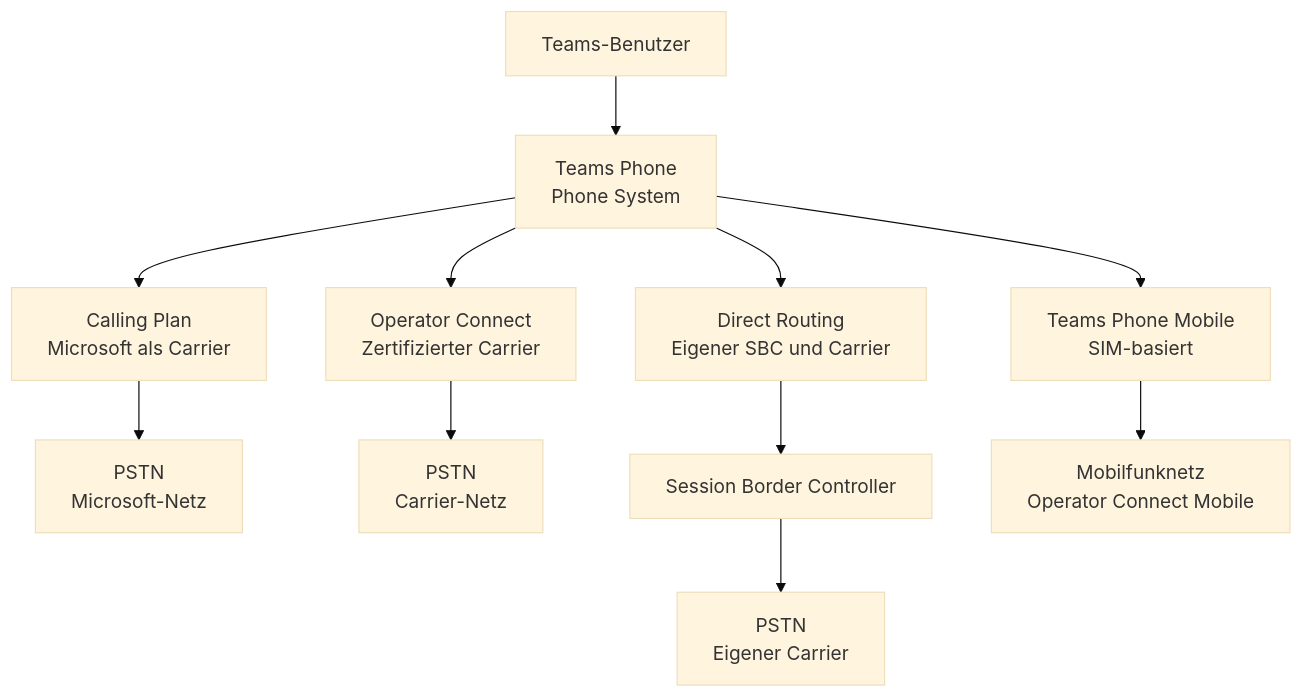
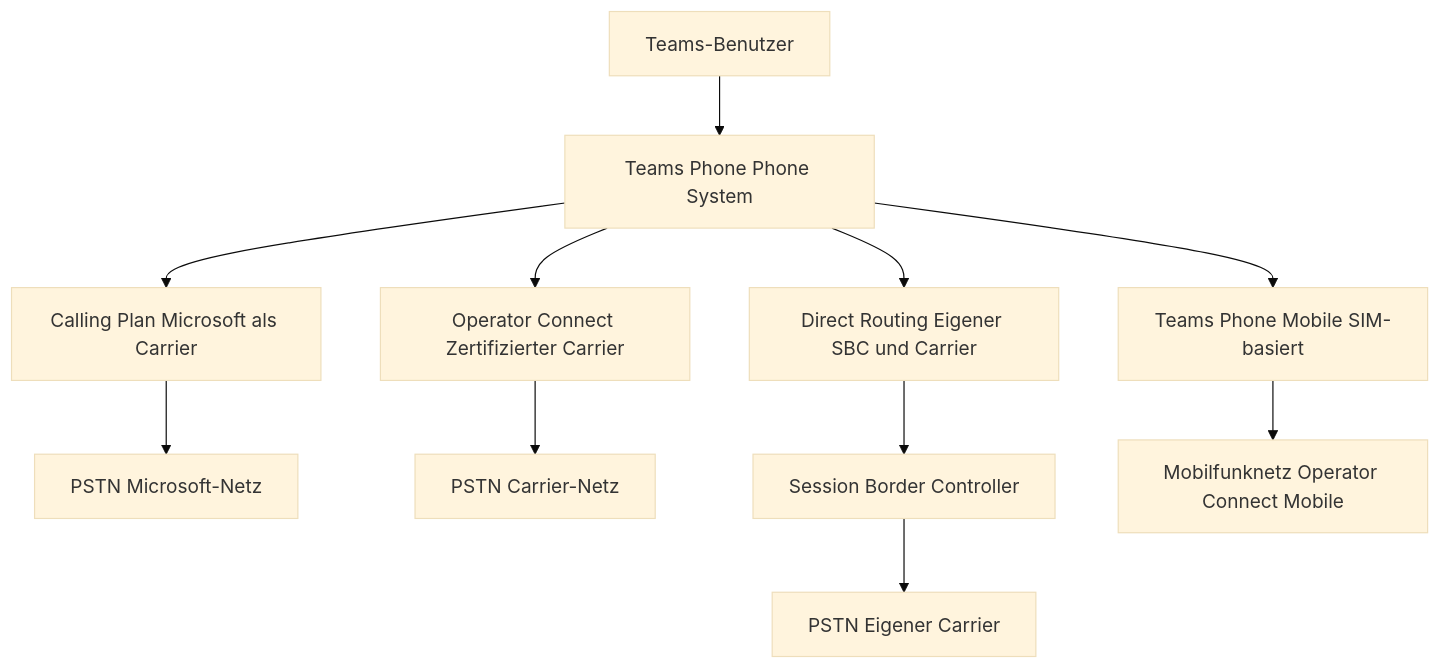
Before and after one commit to SoniiiT/notes-n-docs: the first of 2 diagrams in Microsoft 365/Teams/Teams-Telefonie.md, drawn with Mermaid (base theme). The commit also changed other lines of this file and 124 other files, not shown here.

First line of the commit message:
fix: Entferne \n aus allen Mermaid-Diagrammen (125 Dateien)

````diff
--- a/Microsoft 365/Teams/Teams-Telefonie.md
+++ b/Microsoft 365/Teams/Teams-Telefonie.md
@@ -33,13 +33,13 @@
 ```mermaid
 graph TD
-    USER[Teams-Benutzer] --> PHONE[Teams Phone\nPhone System]
-    PHONE --> CP[Calling Plan\nMicrosoft als Carrier]
-    PHONE --> OC[Operator Connect\nZertifizierter Carrier]
-    PHONE --> DR[Direct Routing\nEigener SBC und Carrier]
-    PHONE --> TPM[Teams Phone Mobile\nSIM-basiert]
-    CP --> PSTN1[PSTN\nMicrosoft-Netz]
-    OC --> PSTN2[PSTN\nCarrier-Netz]
+    USER[Teams-Benutzer] --> PHONE[Teams Phone Phone System]
+    PHONE --> CP[Calling Plan Microsoft als Carrier]
+    PHONE --> OC[Operator Connect Zertifizierter Carrier]
+    PHONE --> DR[Direct Routing Eigener SBC und Carrier]
+    PHONE --> TPM[Teams Phone Mobile SIM-basiert]
+    CP --> PSTN1[PSTN Microsoft-Netz]
+    OC --> PSTN2[PSTN Carrier-Netz]
     DR --> SBC[Session Border Controller]
-    SBC --> PSTN3[PSTN\nEigener Carrier]
-    TPM --> MOB[Mobilfunknetz\nOperator Connect Mobile]
+    SBC --> PSTN3[PSTN Eigener Carrier]
+    TPM --> MOB[Mobilfunknetz Operator Connect Mobile]
 ```
````
